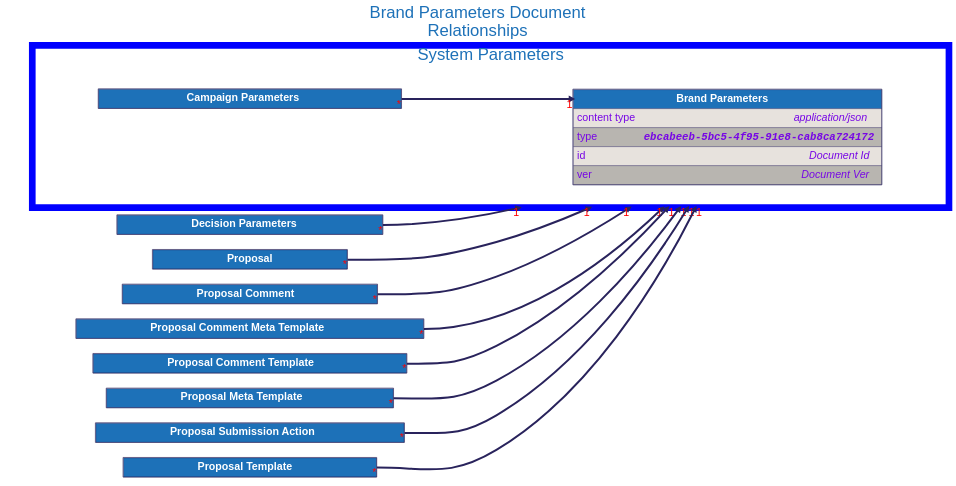
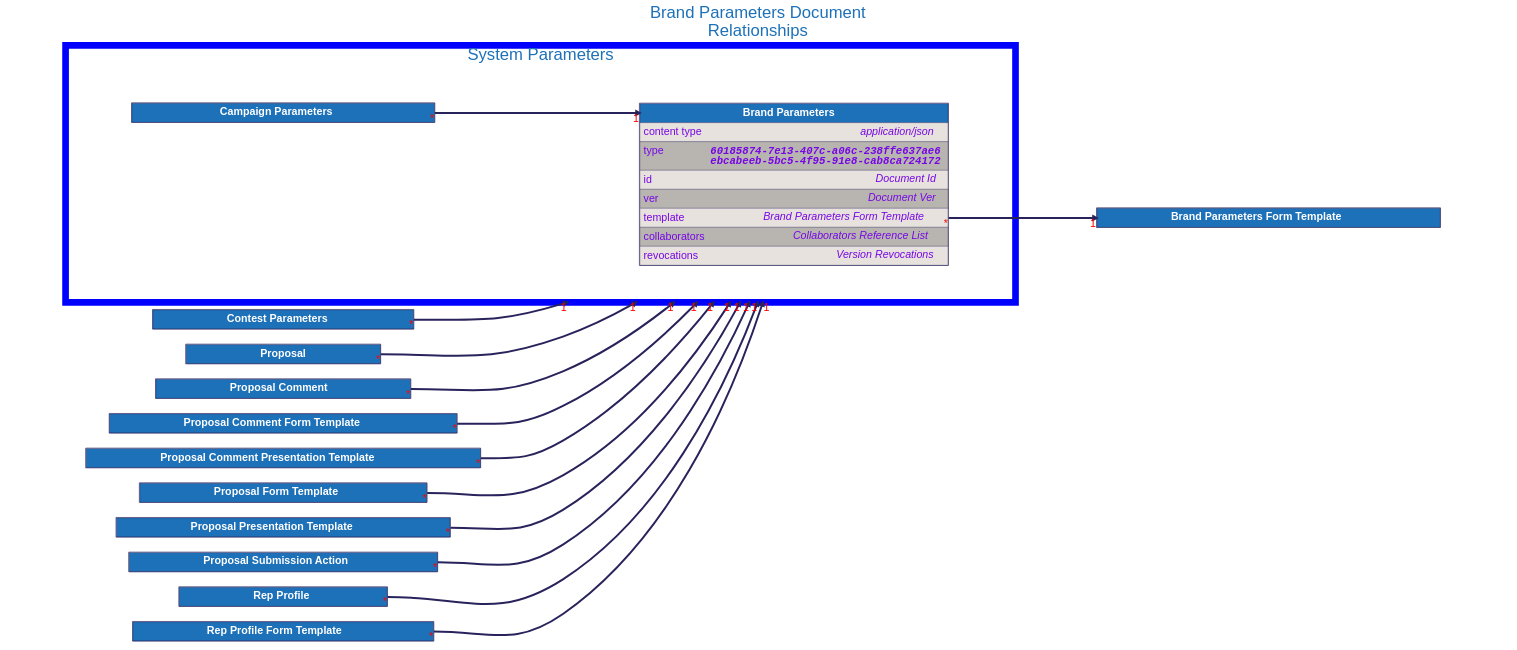
One commit to input-output-hk/catalyst-libs changed the diagram in docs/src/architecture/08_concepts/signed_doc/diagrams/brand_parameters.dot. Above: the diagram before and after it, drawn with Graphviz. The commit also changed 242 other files, not shown here.

```diff
--- a/docs/src/architecture/08_concepts/signed_doc/diagrams/brand_parameters.dot
+++ b/docs/src/architecture/08_concepts/signed_doc/diagrams/brand_parameters.dot
@@ -13,89 +13,28 @@
 
 
 
-    subgraph cluster_system_parameters {
-        label = "System Parameters";
-        color=blue
-        penwidth=20
-
-        "Brand Parameters" [
-            id="Brand Parameters";
-            label=<
-                <TABLE BORDER="2" COLOR="#29235c" CELLBORDER="1" CELLSPACING="0" CELLPADDING="10">
-                <TR>
-                    <TD PORT="title" BGCOLOR="#1d71b8" HREF="../brand_parameters/">
-                        <FONT COLOR="#ffffff"><B> Brand Parameters </B></FONT>
-                    </TD>
-                </TR>
-                <TR>
-                    <TD ALIGN="LEFT" PORT="content type" BGCOLOR="#e7e2dd">
-                        <TABLE CELLPADDING="0" CELLSPACING="0" BORDER="0">
-                            <TR>
-                                <TD ALIGN="LEFT" VALIGN="TOP" WIDTH="200"><FONT COLOR="#7706E5">content type</FONT></TD>
-                                <TD ALIGN="RIGHT"><FONT COLOR="#7706E5"><I>application/json</I></FONT></TD>
-                            </TR>
-                        </TABLE>
-                    </TD>
-                </TR>
-                <TR>
-                    <TD ALIGN="LEFT" PORT="type" BGCOLOR="#b8b5b0">
-                        <TABLE CELLPADDING="0" CELLSPACING="0" BORDER="0">
-                            <TR>
-                                <TD ALIGN="LEFT" VALIGN="TOP" WIDTH="200"><FONT COLOR="#7706E5">type</FONT></TD>
-                                <TD ALIGN="RIGHT"><FONT FACE="Courier" COLOR="#7706E5"><B><I>ebcabeeb-5bc5-4f95-91e8-cab8ca724172</I></B></FONT></TD>
-                            </TR>
-                        </TABLE>
-                    </TD>
-                </TR>
-                <TR>
-                    <TD ALIGN="LEFT" PORT="id" BGCOLOR="#e7e2dd">
-                        <TABLE CELLPADDING="0" CELLSPACING="0" BORDER="0">
-                            <TR>
-                                <TD ALIGN="LEFT" VALIGN="TOP" WIDTH="200"><FONT COLOR="#7706E5">id</FONT></TD>
-                                <TD ALIGN="RIGHT"><FONT COLOR="#7706E5"><I>Document Id</I></FONT></TD>
-                            </TR>
-                        </TABLE>
-                    </TD>
-                </TR>
-                <TR>
-                    <TD ALIGN="LEFT" PORT="ver" BGCOLOR="#b8b5b0">
-                        <TABLE CELLPADDING="0" CELLSPACING="0" BORDER="0">
-                            <TR>
-                                <TD ALIGN="LEFT" VALIGN="TOP" WIDTH="200"><FONT COLOR="#7706E5">ver</FONT></TD>
-                                <TD ALIGN="RIGHT"><FONT COLOR="#7706E5"><I>Document Ver</I></FONT></TD>
-                            </TR>
-                        </TABLE>
-                    </TD>
-                </TR>
-
-                </TABLE>
-            >
-        ];
-
-
-        "Campaign Parameters" [
-            id="Campaign Parameters";
-            label=<
-                <TABLE BORDER="2" COLOR="#29235c" CELLBORDER="1" CELLSPACING="0" CELLPADDING="10">
-                <TR>
-                    <TD PORT="title" BGCOLOR="#1d71b8" HREF="../campaign_parameters/">
-                        <FONT COLOR="#ffffff"><B> Campaign Parameters </B></FONT>
-                    </TD>
-                </TR>
-
-                </TABLE>
-            >
-        ];
-
-    }
-
-    "Decision Parameters" [
-        id="Decision Parameters";
+    "Brand Parameters Form Template" [
+        id="Brand Parameters Form Template";
         label=<
             <TABLE BORDER="2" COLOR="#29235c" CELLBORDER="1" CELLSPACING="0" CELLPADDING="10">
             <TR>
-                <TD PORT="title" BGCOLOR="#1d71b8" HREF="../decision_parameters/">
-                    <FONT COLOR="#ffffff"><B> Decision Parameters </B></FONT>
+                <TD PORT="title" BGCOLOR="#1d71b8" HREF="../brand_parameters_form_template/">
+                    <FONT COLOR="#ffffff"><B> Brand Parameters Form Template </B></FONT>
+                </TD>
+            </TR>
+
+            </TABLE>
+        >
+    ];
+
+
+    "Contest Parameters" [
+        id="Contest Parameters";
+        label=<
+            <TABLE BORDER="2" COLOR="#29235c" CELLBORDER="1" CELLSPACING="0" CELLPADDING="10">
+            <TR>
+                <TD PORT="title" BGCOLOR="#1d71b8" HREF="../contest_parameters/">
+                    <FONT COLOR="#ffffff"><B> Contest Parameters </B></FONT>
                 </TD>
             </TR>
 
@@ -134,13 +73,13 @@
     ];
 
 
-    "Proposal Comment Meta Template" [
-        id="Proposal Comment Meta Template";
+    "Proposal Comment Form Template" [
+        id="Proposal Comment Form Template";
         label=<
             <TABLE BORDER="2" COLOR="#29235c" CELLBORDER="1" CELLSPACING="0" CELLPADDING="10">
             <TR>
-                <TD PORT="title" BGCOLOR="#1d71b8" HREF="../proposal_comment_meta_template/">
-                    <FONT COLOR="#ffffff"><B> Proposal Comment Meta Template </B></FONT>
+                <TD PORT="title" BGCOLOR="#1d71b8" HREF="../proposal_comment_form_template/">
+                    <FONT COLOR="#ffffff"><B> Proposal Comment Form Template </B></FONT>
                 </TD>
             </TR>
 
@@ -149,13 +88,13 @@
     ];
 
 
-    "Proposal Comment Template" [
-        id="Proposal Comment Template";
+    "Proposal Comment Presentation Template" [
+        id="Proposal Comment Presentation Template";
         label=<
             <TABLE BORDER="2" COLOR="#29235c" CELLBORDER="1" CELLSPACING="0" CELLPADDING="10">
             <TR>
-                <TD PORT="title" BGCOLOR="#1d71b8" HREF="../proposal_comment_template/">
-                    <FONT COLOR="#ffffff"><B> Proposal Comment Template </B></FONT>
+                <TD PORT="title" BGCOLOR="#1d71b8" HREF="../proposal_comment_presentation_template/">
+                    <FONT COLOR="#ffffff"><B> Proposal Comment Presentation Template </B></FONT>
                 </TD>
             </TR>
 
@@ -164,13 +103,28 @@
     ];
 
 
-    "Proposal Meta Template" [
-        id="Proposal Meta Template";
+    "Proposal Form Template" [
+        id="Proposal Form Template";
         label=<
             <TABLE BORDER="2" COLOR="#29235c" CELLBORDER="1" CELLSPACING="0" CELLPADDING="10">
             <TR>
-                <TD PORT="title" BGCOLOR="#1d71b8" HREF="../proposal_meta_template/">
-                    <FONT COLOR="#ffffff"><B> Proposal Meta Template </B></FONT>
+                <TD PORT="title" BGCOLOR="#1d71b8" HREF="../proposal_form_template/">
+                    <FONT COLOR="#ffffff"><B> Proposal Form Template </B></FONT>
+                </TD>
+            </TR>
+
+            </TABLE>
+        >
+    ];
+
+
+    "Proposal Presentation Template" [
+        id="Proposal Presentation Template";
+        label=<
+            <TABLE BORDER="2" COLOR="#29235c" CELLBORDER="1" CELLSPACING="0" CELLPADDING="10">
+            <TR>
+                <TD PORT="title" BGCOLOR="#1d71b8" HREF="../proposal_presentation_template/">
+                    <FONT COLOR="#ffffff"><B> Proposal Presentation Template </B></FONT>
                 </TD>
             </TR>
 
@@ -194,13 +148,13 @@
     ];
 
 
-    "Proposal Template" [
-        id="Proposal Template";
+    "Rep Profile" [
+        id="Rep Profile";
         label=<
             <TABLE BORDER="2" COLOR="#29235c" CELLBORDER="1" CELLSPACING="0" CELLPADDING="10">
             <TR>
-                <TD PORT="title" BGCOLOR="#1d71b8" HREF="../proposal_template/">
-                    <FONT COLOR="#ffffff"><B> Proposal Template </B></FONT>
+                <TD PORT="title" BGCOLOR="#1d71b8" HREF="../rep_profile/">
+                    <FONT COLOR="#ffffff"><B> Rep Profile </B></FONT>
                 </TD>
             </TR>
 
@@ -209,13 +163,137 @@
     ];
 
 
+    "Rep Profile Form Template" [
+        id="Rep Profile Form Template";
+        label=<
+            <TABLE BORDER="2" COLOR="#29235c" CELLBORDER="1" CELLSPACING="0" CELLPADDING="10">
+            <TR>
+                <TD PORT="title" BGCOLOR="#1d71b8" HREF="../rep_profile_form_template/">
+                    <FONT COLOR="#ffffff"><B> Rep Profile Form Template </B></FONT>
+                </TD>
+            </TR>
+
+            </TABLE>
+        >
+    ];
+
+
+    subgraph cluster_system_parameters {
+        label = "System Parameters";
+        color=blue
+        penwidth=20
+
+        "Brand Parameters" [
+            id="Brand Parameters";
+            label=<
+                <TABLE BORDER="2" COLOR="#29235c" CELLBORDER="1" CELLSPACING="0" CELLPADDING="10">
+                <TR>
+                    <TD PORT="title" BGCOLOR="#1d71b8" HREF="../brand_parameters/">
+                        <FONT COLOR="#ffffff"><B> Brand Parameters </B></FONT>
+                    </TD>
+                </TR>
+                <TR>
+                    <TD ALIGN="LEFT" PORT="content type" BGCOLOR="#e7e2dd">
+                        <TABLE CELLPADDING="0" CELLSPACING="0" BORDER="0">
+                            <TR>
+                                <TD ALIGN="LEFT" VALIGN="TOP" WIDTH="200"><FONT COLOR="#7706E5">content type</FONT></TD>
+                                <TD ALIGN="RIGHT"><FONT COLOR="#7706E5"><I>application/json</I></FONT></TD>
+                            </TR>
+                        </TABLE>
+                    </TD>
+                </TR>
+                <TR>
+                    <TD ALIGN="LEFT" PORT="type" BGCOLOR="#b8b5b0">
+                        <TABLE CELLPADDING="0" CELLSPACING="0" BORDER="0">
+                            <TR>
+                                <TD ALIGN="LEFT" VALIGN="TOP" WIDTH="200"><FONT COLOR="#7706E5">type</FONT></TD>
+                                <TD ALIGN="RIGHT"><FONT FACE="Courier" COLOR="#7706E5"><B><I>60185874-7e13-407c-a06c-238ffe637ae6<BR />ebcabeeb-5bc5-4f95-91e8-cab8ca724172</I></B></FONT></TD>
+                            </TR>
+                        </TABLE>
+                    </TD>
+                </TR>
+                <TR>
+                    <TD ALIGN="LEFT" PORT="id" BGCOLOR="#e7e2dd">
+                        <TABLE CELLPADDING="0" CELLSPACING="0" BORDER="0">
+                            <TR>
+                                <TD ALIGN="LEFT" VALIGN="TOP" WIDTH="200"><FONT COLOR="#7706E5">id</FONT></TD>
+                                <TD ALIGN="RIGHT"><FONT COLOR="#7706E5"><I>Document Id</I></FONT></TD>
+                            </TR>
+                        </TABLE>
+                    </TD>
+                </TR>
+                <TR>
+                    <TD ALIGN="LEFT" PORT="ver" BGCOLOR="#b8b5b0">
+                        <TABLE CELLPADDING="0" CELLSPACING="0" BORDER="0">
+                            <TR>
+                                <TD ALIGN="LEFT" VALIGN="TOP" WIDTH="200"><FONT COLOR="#7706E5">ver</FONT></TD>
+                                <TD ALIGN="RIGHT"><FONT COLOR="#7706E5"><I>Document Ver</I></FONT></TD>
+                            </TR>
+                        </TABLE>
+                    </TD>
+                </TR>
+                <TR>
+                    <TD ALIGN="LEFT" PORT="template" BGCOLOR="#e7e2dd">
+                        <TABLE CELLPADDING="0" CELLSPACING="0" BORDER="0">
+                            <TR>
+                                <TD ALIGN="LEFT" VALIGN="TOP" WIDTH="200"><FONT COLOR="#7706E5">template</FONT></TD>
+                                <TD ALIGN="RIGHT"><FONT COLOR="#7706E5"><I>Brand Parameters Form Template</I></FONT></TD>
+                            </TR>
+                        </TABLE>
+                    </TD>
+                </TR>
+                <TR>
+                    <TD ALIGN="LEFT" PORT="collaborators" BGCOLOR="#b8b5b0">
+                        <TABLE CELLPADDING="0" CELLSPACING="0" BORDER="0">
+                            <TR>
+                                <TD ALIGN="LEFT" VALIGN="TOP" WIDTH="200"><FONT COLOR="#7706E5">collaborators</FONT></TD>
+                                <TD ALIGN="RIGHT"><FONT COLOR="#7706E5"><I>Collaborators Reference List</I></FONT></TD>
+                            </TR>
+                        </TABLE>
+                    </TD>
+                </TR>
+                <TR>
+                    <TD ALIGN="LEFT" PORT="revocations" BGCOLOR="#e7e2dd">
+                        <TABLE CELLPADDING="0" CELLSPACING="0" BORDER="0">
+                            <TR>
+                                <TD ALIGN="LEFT" VALIGN="TOP" WIDTH="200"><FONT COLOR="#7706E5">revocations</FONT></TD>
+                                <TD ALIGN="RIGHT"><FONT COLOR="#7706E5"><I>Version Revocations</I></FONT></TD>
+                            </TR>
+                        </TABLE>
+                    </TD>
+                </TR>
+
+                </TABLE>
+            >
+        ];
+
+
+        "Campaign Parameters" [
+            id="Campaign Parameters";
+            label=<
+                <TABLE BORDER="2" COLOR="#29235c" CELLBORDER="1" CELLSPACING="0" CELLPADDING="10">
+                <TR>
+                    <TD PORT="title" BGCOLOR="#1d71b8" HREF="../campaign_parameters/">
+                        <FONT COLOR="#ffffff"><B> Campaign Parameters </B></FONT>
+                    </TD>
+                </TR>
+
+                </TABLE>
+            >
+        ];
+
+    }
+
+    "Brand Parameters":"template":e -> "Brand Parameters Form Template":"title":w [dir=forward, penwidth=6, color="#29235c", headlabel="1", taillabel="*"]
     "Campaign Parameters":"title":e -> "Brand Parameters":"title":w [dir=forward, penwidth=6, color="#29235c", headlabel="1", taillabel="*"]
-    "Decision Parameters":"title":e -> "Brand Parameters" [dir=forward, penwidth=6, color="#29235c", headlabel="1", taillabel="*", lhead="cluster_system_parameters"]
+    "Contest Parameters":"title":e -> "Brand Parameters" [dir=forward, penwidth=6, color="#29235c", headlabel="1", taillabel="*", lhead="cluster_system_parameters"]
     "Proposal":"title":e -> "Brand Parameters" [dir=forward, penwidth=6, color="#29235c", headlabel="1", taillabel="*", lhead="cluster_system_parameters"]
     "Proposal Comment":"title":e -> "Brand Parameters" [dir=forward, penwidth=6, color="#29235c", headlabel="1", taillabel="*", lhead="cluster_system_parameters"]
-    "Proposal Comment Meta Template":"title":e -> "Brand Parameters" [dir=forward, penwidth=6, color="#29235c", headlabel="1", taillabel="*", lhead="cluster_system_parameters"]
-    "Proposal Comment Template":"title":e -> "Brand Parameters" [dir=forward, penwidth=6, color="#29235c", headlabel="1", taillabel="*", lhead="cluster_system_parameters"]
-    "Proposal Meta Template":"title":e -> "Brand Parameters" [dir=forward, penwidth=6, color="#29235c", headlabel="1", taillabel="*", lhead="cluster_system_parameters"]
+    "Proposal Comment Form Template":"title":e -> "Brand Parameters" [dir=forward, penwidth=6, color="#29235c", headlabel="1", taillabel="*", lhead="cluster_system_parameters"]
+    "Proposal Comment Presentation Template":"title":e -> "Brand Parameters" [dir=forward, penwidth=6, color="#29235c", headlabel="1", taillabel="*", lhead="cluster_system_parameters"]
+    "Proposal Form Template":"title":e -> "Brand Parameters" [dir=forward, penwidth=6, color="#29235c", headlabel="1", taillabel="*", lhead="cluster_system_parameters"]
+    "Proposal Presentation Template":"title":e -> "Brand Parameters" [dir=forward, penwidth=6, color="#29235c", headlabel="1", taillabel="*", lhead="cluster_system_parameters"]
     "Proposal Submission Action":"title":e -> "Brand Parameters" [dir=forward, penwidth=6, color="#29235c", headlabel="1", taillabel="*", lhead="cluster_system_parameters"]
-    "Proposal Template":"title":e -> "Brand Parameters" [dir=forward, penwidth=6, color="#29235c", headlabel="1", taillabel="*", lhead="cluster_system_parameters"]
+    "Rep Profile":"title":e -> "Brand Parameters" [dir=forward, penwidth=6, color="#29235c", headlabel="1", taillabel="*", lhead="cluster_system_parameters"]
+    "Rep Profile Form Template":"title":e -> "Brand Parameters" [dir=forward, penwidth=6, color="#29235c", headlabel="1", taillabel="*", lhead="cluster_system_parameters"]
 }
```
